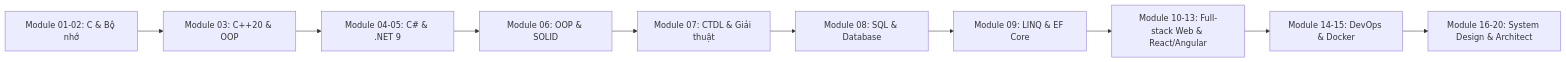
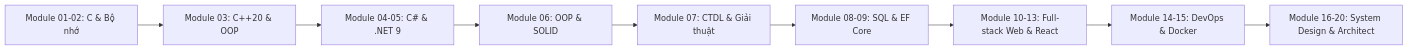
Before and after one commit to Xuanthanh-dzz/full-stack: the diagram in fullstack-roadmap/index.md, drawn with Mermaid. The commit also changed other lines of this file, not shown here.

Commit message:
chore(content-branch): return fullstack-roadmap/index.md ownership to main

````diff
--- a/fullstack-roadmap/index.md
+++ b/fullstack-roadmap/index.md
@@ -132,12 +114,11 @@
 ```mermaid
 graph LR
     A[Module 01-02: C & Bộ nhớ] --> B[Module 03: C++20 & OOP]
     B --> C[Module 04-05: C# & .NET 9]
     C --> D[Module 06: OOP & SOLID]
     D --> E[Module 07: CTDL & Giải thuật]
-    E --> F[Module 08: SQL & Database]
-    F --> G[Module 09: LINQ & EF Core]
-    G --> H[Module 10-13: Full-stack Web & React/Angular]
-    H --> I[Module 14-15: DevOps & Docker]
-    I --> J[Module 16-20: System Design & Architect]
+    E --> F[Module 08-09: SQL & EF Core]
+    F --> G[Module 10-13: Full-stack Web & React]
+    G --> H[Module 14-15: DevOps & Docker]
+    H --> I[Module 16-20: System Design & Architect]
 ```
````
